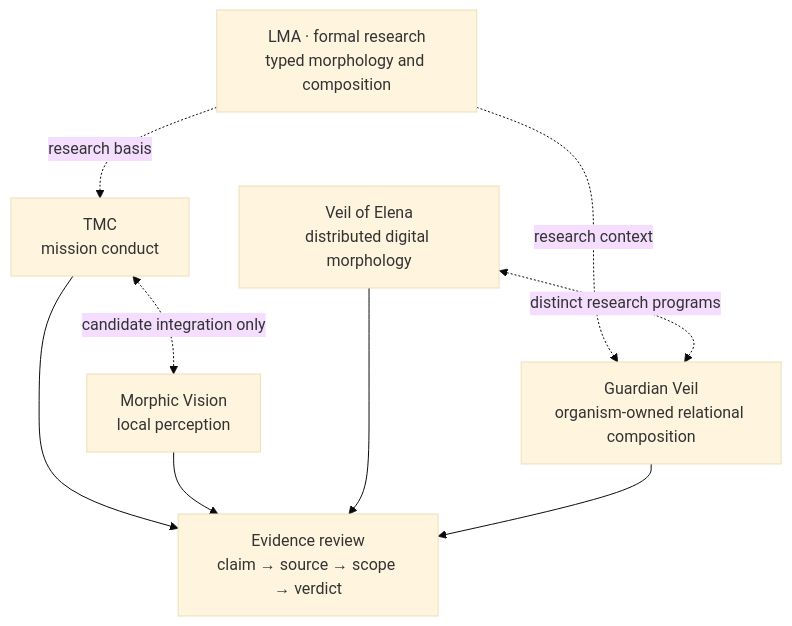
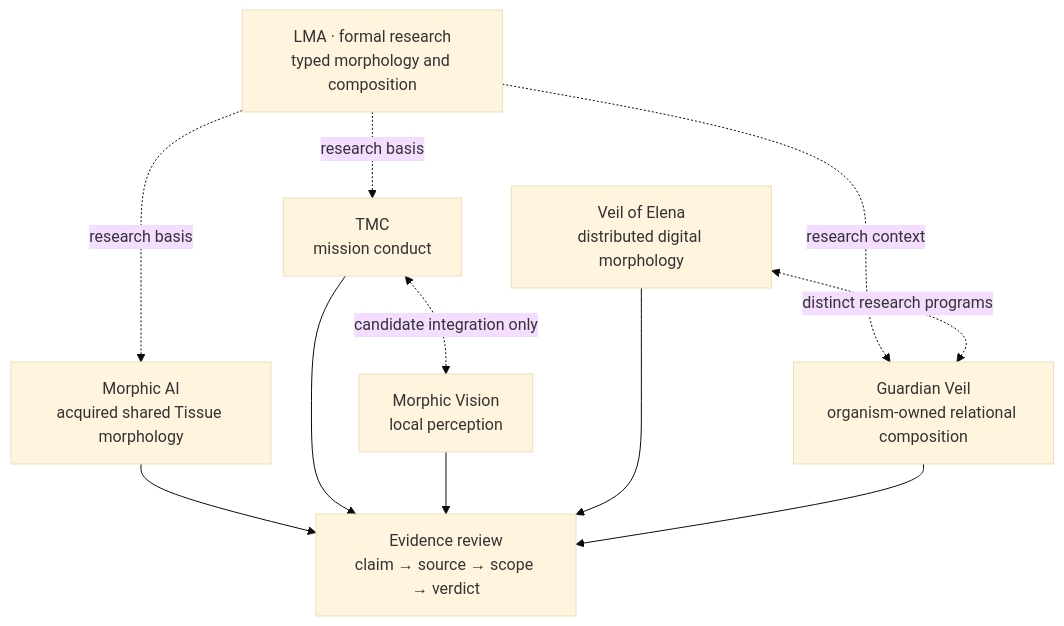
The diagram in README.md (IkaRiche/LMA-Scientific-Technical-Due-Diligence), drawn with Mermaid (base theme) before and after one commit. The commit also changed other lines of this file, not shown here.

Commit message:
docs: surface current Morphic AI evidence without inflating autonomy claims

````diff
--- a/README.md
+++ b/README.md
@@ -32,18 +35,21 @@
 ```mermaid
 flowchart TB
     L["LMA · formal research<br/>typed morphology and composition"]
+    M["Morphic AI<br/>acquired shared Tissue morphology"]
     T["TMC<br/>mission conduct"]
     V["Morphic Vision<br/>local perception"]
     O["Veil of Elena<br/>distributed digital morphology"]
     G["Guardian Veil<br/>organism-owned relational composition"]
     E["Evidence review<br/>claim → source → scope → verdict"]
 
+    L -. "research basis" .-> M
     L -. "research basis" .-> T
     L -. "research context" .-> G
     T <-. "candidate integration only" .-> V
     O <-. "distinct research programs" .-> G
+    M --> E
     T --> E
     V --> E
     O --> E
     G --> E
 ```
````
